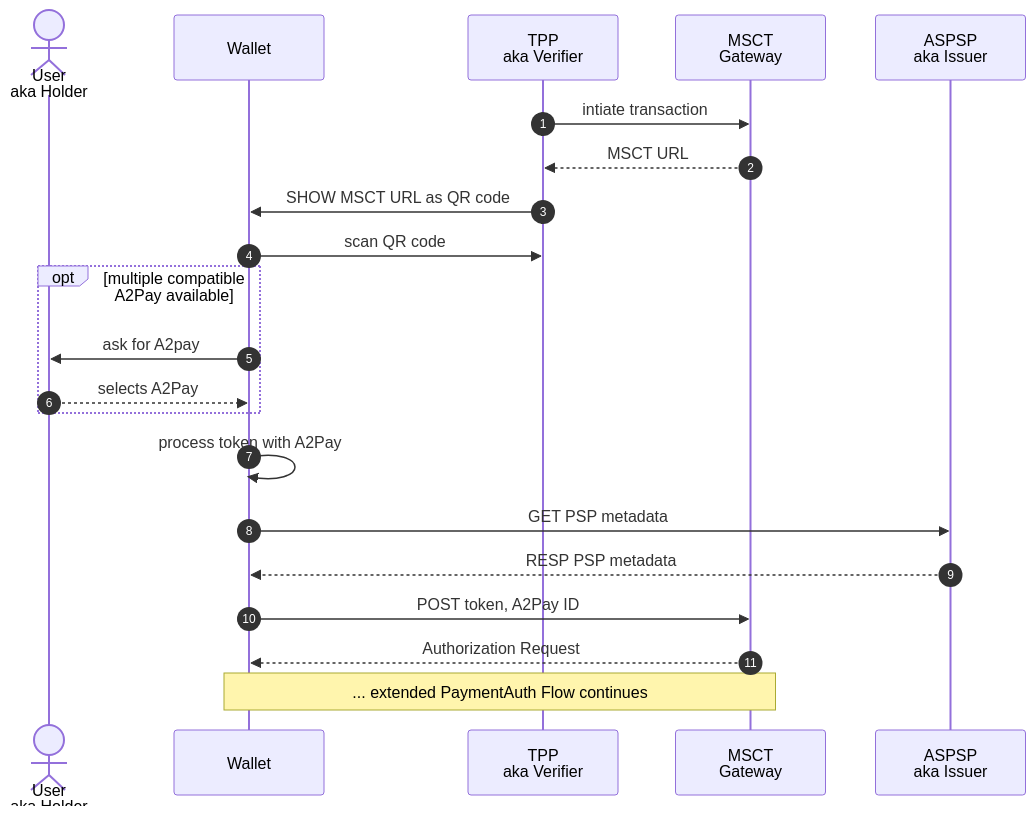
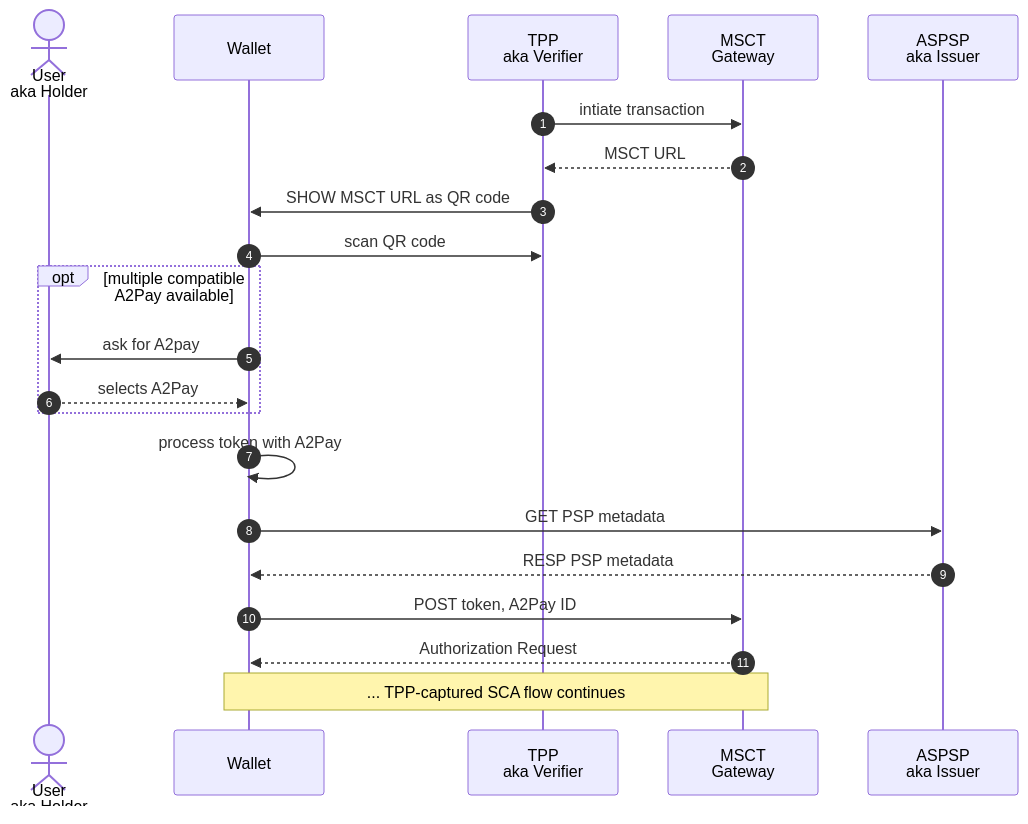
One commit to nobid-consortium/payment-reference-documentation changed the third of 3 diagrams in payment-reference-doc.md. Above: the diagram before and after it, drawn with Mermaid. The commit also changed other lines of this file and 6 other files, not shown here.

````diff
--- a/payment-reference-doc.md
+++ b/payment-reference-doc.md
@@ -566,24 +575,24 @@
 ```mermaid
  
 sequenceDiagram
     autonumber
     actor user as User<br/>aka Holder
     participant wallet as Wallet
     participant psp as TPP<br/>aka Verifier
     participant msct as MSCT<br/>Gateway
     participant aspsp as ASPSP<br>aka Issuer
     psp ->> msct: intiate transaction
     msct -->> psp: MSCT URL
     psp ->> wallet: SHOW MSCT URL as QR code
     wallet ->> psp: scan QR code
     opt multiple compatible A2Pay available
     wallet ->> user: ask for A2pay
     user -->> wallet: selects A2Pay
     end
     wallet ->> wallet: process token with A2Pay
     wallet ->> aspsp: GET PSP metadata
     aspsp -->> wallet: RESP PSP metadata
     wallet  ->> msct: POST token, A2Pay ID
     msct -->> wallet : Authorization Request
-    note over wallet,msct: ... extended PaymentAuth Flow continues
+    note over wallet,msct: ... TPP-captured SCA flow continues
 ```
````
